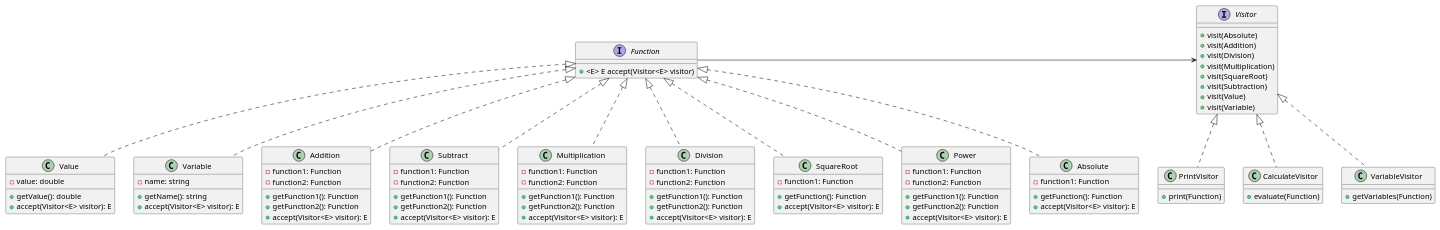
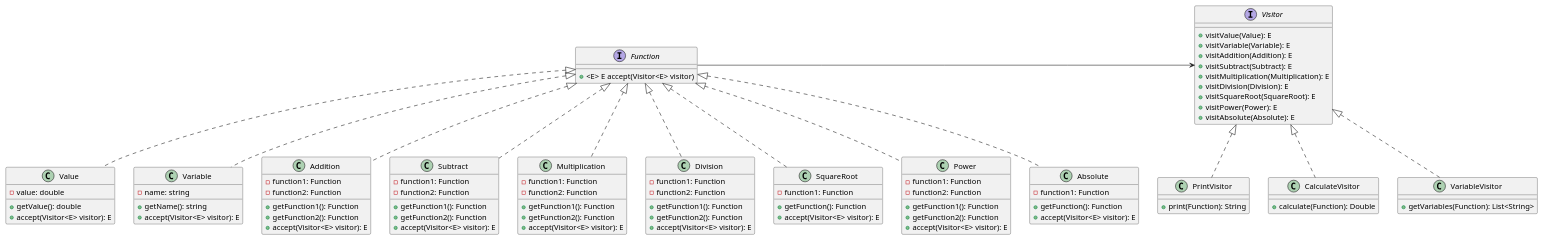
One commit to austral-ingsis-classroom/formula-GermanoFelipe changed the diagram in src/diagrams/Visitor.puml. Above: the diagram before and after it, drawn with PlantUML. The commit also changed 1 other file, not shown here.

Commit message:
plant uml

```diff
--- a/src/diagrams/Visitor.puml
+++ b/src/diagrams/Visitor.puml
@@ -1,96 +1,97 @@
 @startuml
 
 interface Function {
     + <E> E accept(Visitor<E> visitor)
 }
 
 class Value implements Function{
     - value: double
     + getValue(): double
     + accept(Visitor<E> visitor): E
 }
 
 class Variable implements Function{
     - name: string
     + getName(): string
     + accept(Visitor<E> visitor): E
 }
 
 class Addition implements Function{
     - function1: Function
     - function2: Function
     + getFunction1(): Function
     + getFunction2(): Function
     + accept(Visitor<E> visitor): E
 }
 
 class Subtract implements Function{
     - function1: Function
     - function2: Function
     + getFunction1(): Function
     + getFunction2(): Function
     + accept(Visitor<E> visitor): E
 }
 
 class Multiplication implements Function{
     - function1: Function
     - function2: Function
     + getFunction1(): Function
     + getFunction2(): Function
     + accept(Visitor<E> visitor): E
 }
 
 class Division implements Function{
     - function1: Function
     - function2: Function
     + getFunction1(): Function
     + getFunction2(): Function
     + accept(Visitor<E> visitor): E
 }
 
 class SquareRoot implements Function{
     - function1: Function
     + getFunction(): Function
     + accept(Visitor<E> visitor): E
 }
 
 class Power implements Function{
     - function1: Function
     - function2: Function
     + getFunction1(): Function
     + getFunction2(): Function
     + accept(Visitor<E> visitor): E
 }
 
 class Absolute implements Function{
     - function1: Function
     + getFunction(): Function
     + accept(Visitor<E> visitor): E
 }
 
 interface Visitor{
-    + visit(Absolute)
-    + visit(Addition)
-    + visit(Division)
-    + visit(Multiplication)
-    + visit(SquareRoot)
-    + visit(Subtraction)
-    + visit(Value)
-    + visit(Variable)
+    + visitValue(Value): E
+    + visitVariable(Variable): E
+    + visitAddition(Addition): E
+    + visitSubtract(Subtract): E
+    + visitMultiplication(Multiplication): E
+    + visitDivision(Division): E
+    + visitSquareRoot(SquareRoot): E
+    + visitPower(Power): E
+    + visitAbsolute(Absolute): E
 }
 
 Function -> Visitor
 
 class PrintVisitor implements Visitor{
-    + print(Function)
+    + print(Function): String
 }
 
 class CalculateVisitor implements Visitor{
-    + evaluate(Function)
+    + calculate(Function): Double
 }
 
 class VariableVisitor implements Visitor{
-    + getVariables(Function)
+    + getVariables(Function): List<String>
 }
 
 @enduml
```
